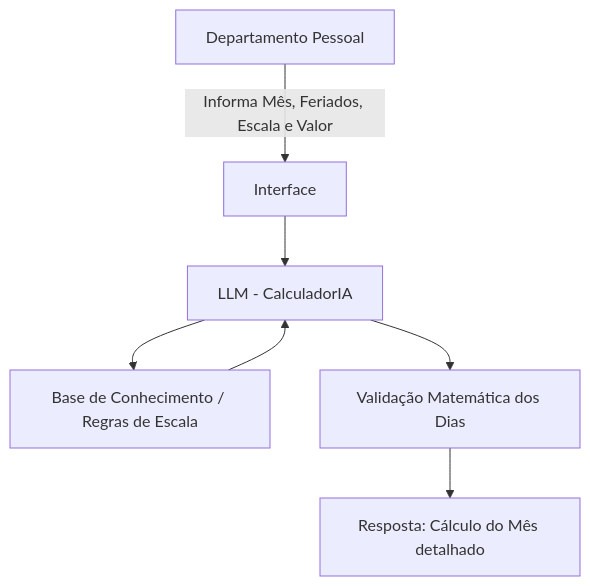
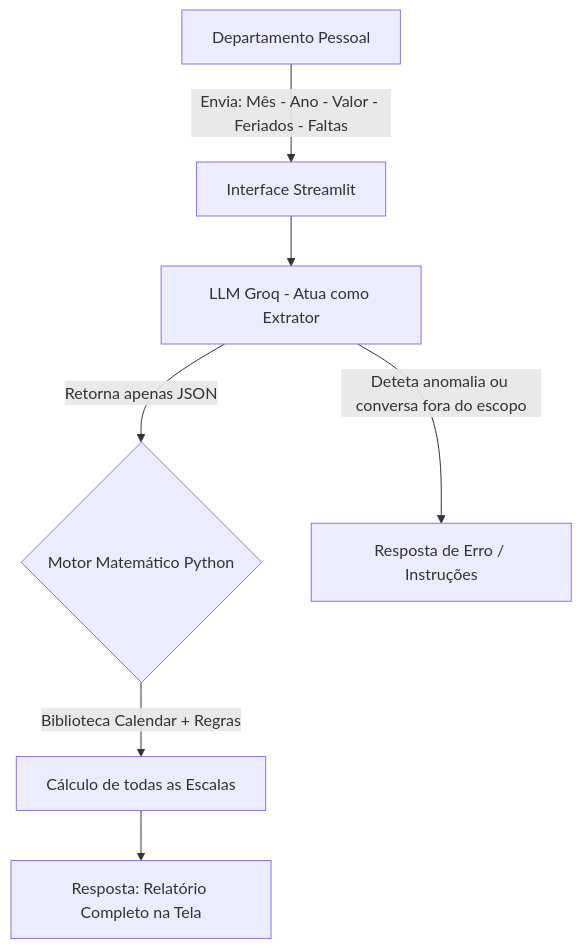
Before and after one commit to IsmaelSousa31/dio-lab-bia-do-futuro: the diagram in docs/01-documentacao-agente.md, drawn with Mermaid. The commit also changed other lines of this file, not shown here.

First line of the commit message:
Revise a documentação do agente de cálculo de vale-alimentação

````diff
--- a/docs/01-documentacao-agente.md
+++ b/docs/01-documentacao-agente.md
@@ -55,9 +51,9 @@
 ```mermaid
 flowchart TD
-    A[Departamento Pessoal] -->|Informa Mês, Feriados, Escala e Valor| B[Interface]
-    B --> C[LLM - CalculadorIA]
-    C --> D[Base de Conhecimento / Regras de Escala]
-    D --> C
-    C --> E[Validação Matemática dos Dias]
-    E --> F[Resposta: Cálculo do Mês detalhado]
+    A[Departamento Pessoal] -->|Envia: Mês - Ano - Valor - Feriados - Faltas| B[Interface Streamlit]
+    B --> C[LLM Groq - Atua como Extrator]
+    C -->|Retorna apenas JSON| D{Motor Matemático Python}
+    D -->|Biblioteca Calendar + Regras| E[Cálculo de todas as Escalas]
+    E --> F[Resposta: Relatório Completo na Tela]
+    C -->|Deteta anomalia ou conversa fora do escopo| G[Resposta de Erro / Instruções]
 ```
````
